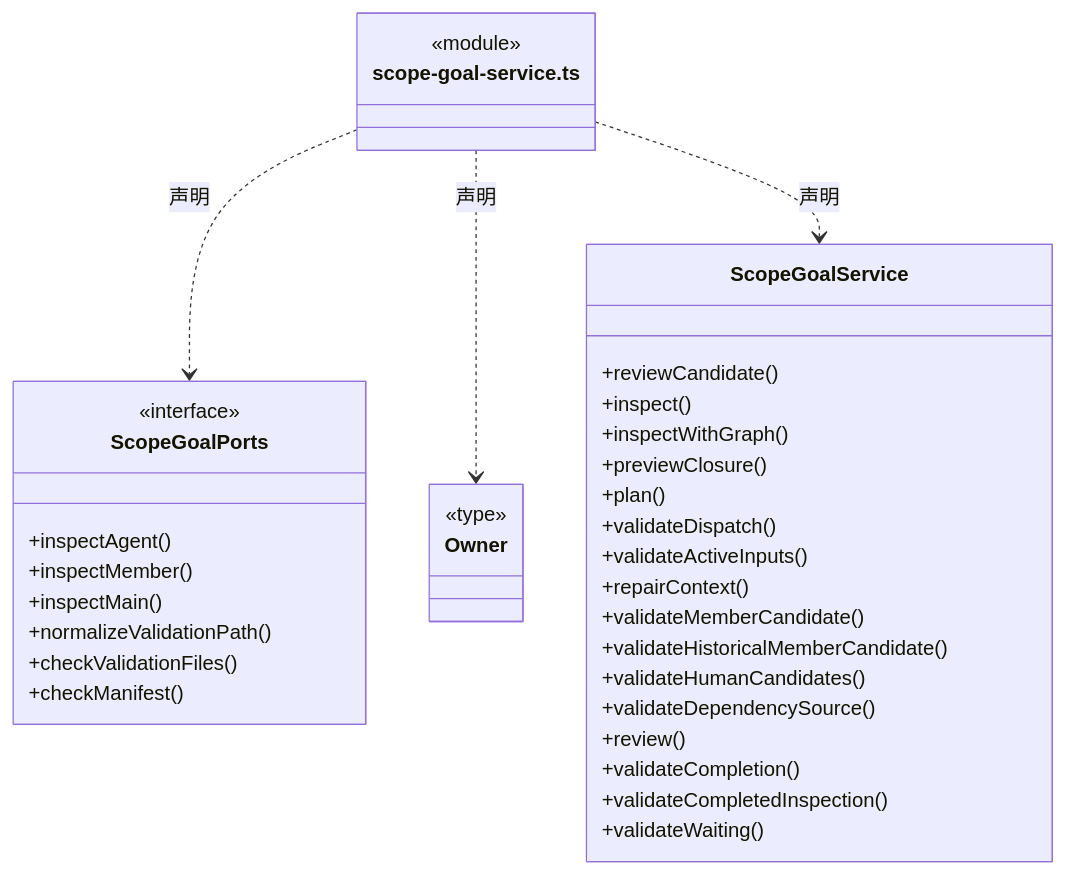
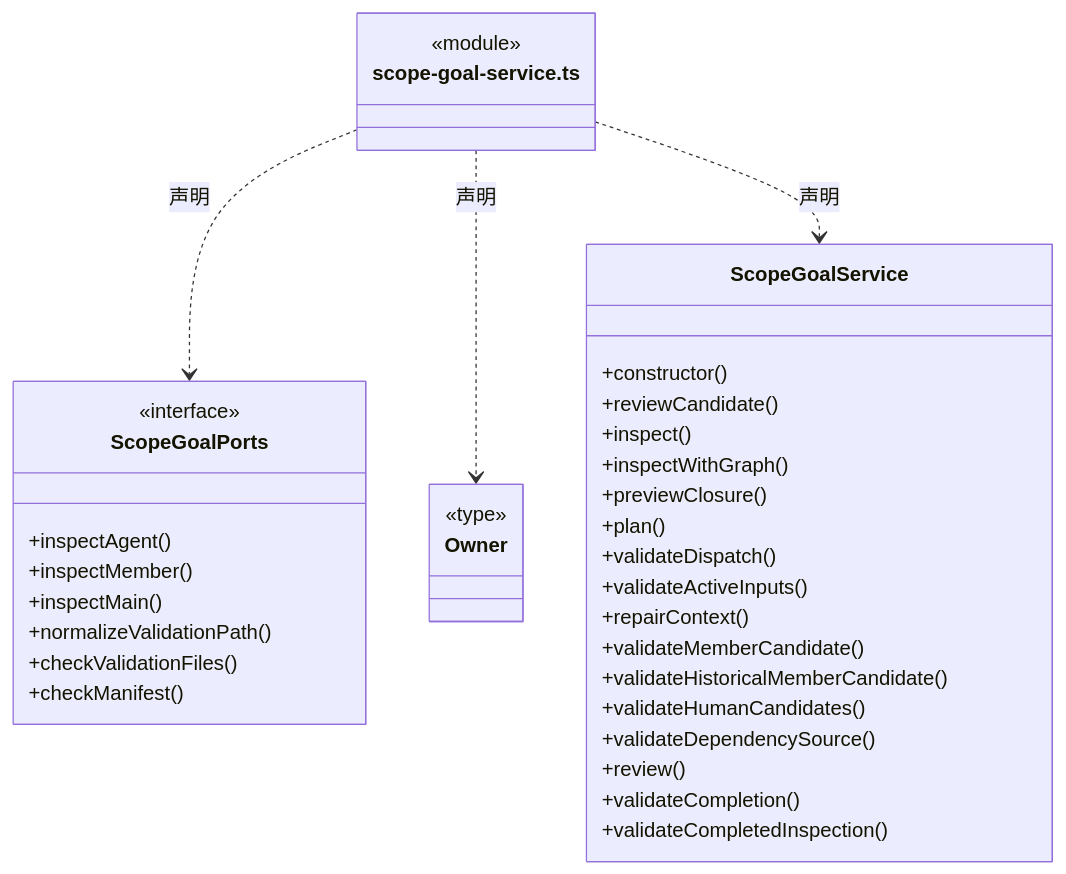
Diagram 11 of 25 in src/logic/tasks/runtime/ARCHITECTURE.md (nan023062/cbim), drawn with Mermaid before and after one commit. The commit also changed other lines of this file and 139 other files, not shown here.

Commit message:
docs(architecture): add source reading paths and complete file inventories

````diff
--- a/src/logic/tasks/runtime/ARCHITECTURE.md
+++ b/src/logic/tasks/runtime/ARCHITECTURE.md
@@ -250,40 +261,40 @@
 ```mermaid
 classDiagram
 class N_src_logic_tasks_runtime_scope_goal_service_ts["scope-goal-service.ts"] {
   <<module>>
 }
 class N_src_logic_tasks_runtime_scope_goal_service_ts_ScopeGoalPorts["ScopeGoalPorts"] {
   <<interface>>
   +inspectAgent()
   +inspectMember()
   +inspectMain()
   +normalizeValidationPath()
   +checkValidationFiles()
   +checkManifest()
 }
 N_src_logic_tasks_runtime_scope_goal_service_ts ..> N_src_logic_tasks_runtime_scope_goal_service_ts_ScopeGoalPorts : 声明
 class N_src_logic_tasks_runtime_scope_goal_service_ts_Owner["Owner"] {
   <<type>>
 
 }
 N_src_logic_tasks_runtime_scope_goal_service_ts ..> N_src_logic_tasks_runtime_scope_goal_service_ts_Owner : 声明
 class N_src_logic_tasks_runtime_scope_goal_service_ts_ScopeGoalService["ScopeGoalService"] {
+  +constructor()
   +reviewCandidate()
   +inspect()
   +inspectWithGraph()
   +previewClosure()
   +plan()
   +validateDispatch()
   +validateActiveInputs()
   +repairContext()
   +validateMemberCandidate()
   +validateHistoricalMemberCandidate()
   +validateHumanCandidates()
   +validateDependencySource()
   +review()
   +validateCompletion()
   +validateCompletedInspection()
-  +validateWaiting()
 }
 N_src_logic_tasks_runtime_scope_goal_service_ts ..> N_src_logic_tasks_runtime_scope_goal_service_ts_ScopeGoalService : 声明
 ```
````
